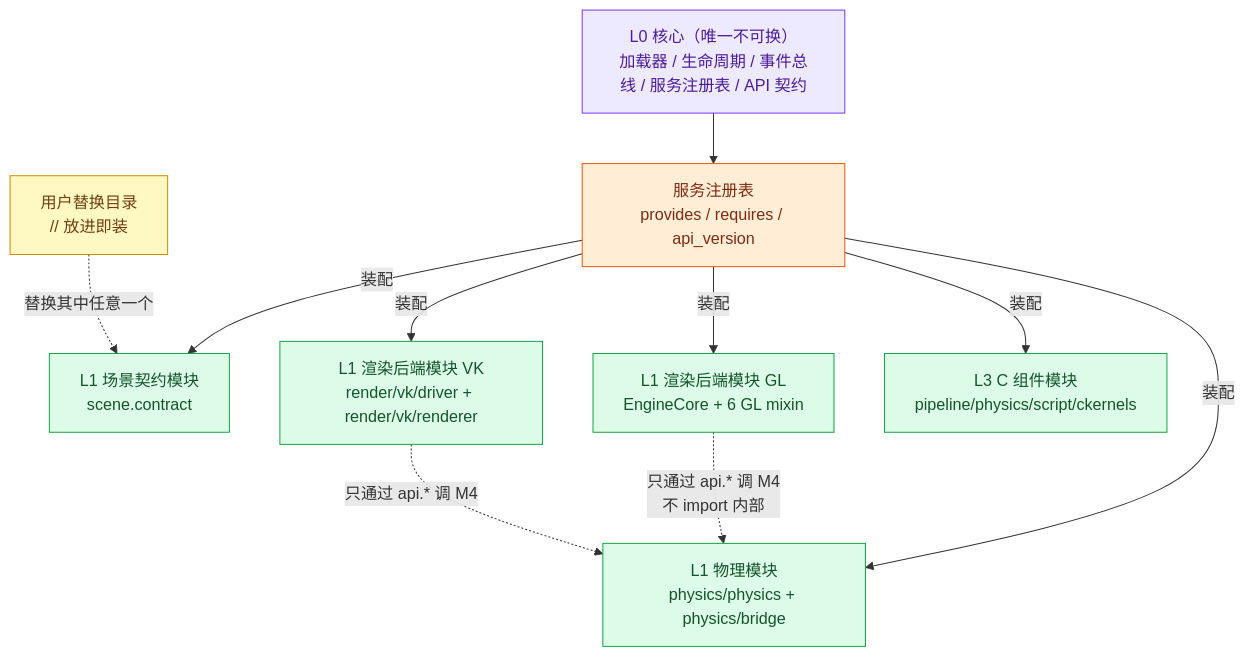
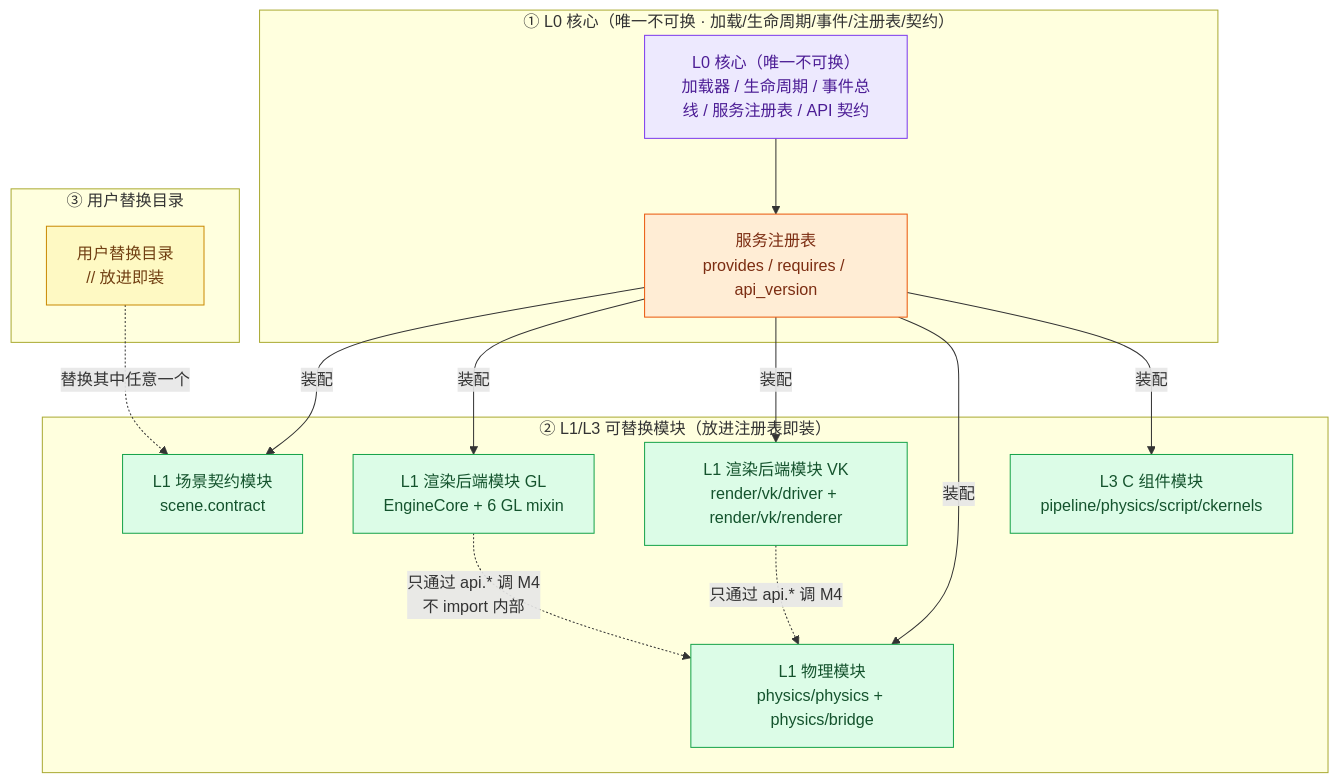
Diagram 20 of 23 in ARCHITECTURE.md (lhy302/WeaveEngine), drawn with Mermaid before and after one commit. The commit also changed other lines of this file, not shown here.

Commit message:
docs: 图 15~19 全部改为功能模块分框结构（含事实实测刷新）

````diff
--- a/ARCHITECTURE.md
+++ b/ARCHITECTURE.md
@@ -1319,24 +1339,30 @@
 ```mermaid
 flowchart TB
-  CORE["L0 核心（唯一不可换）<br/>加载器 / 生命周期 / 事件总线 / 服务注册表 / API 契约"]:::core
-  REG["服务注册表<br/>provides / requires / api_version"]:::contract
-  M1["L1 场景契约模块<br/>scene.contract"]:::mod
-  M2["L1 渲染后端模块 GL<br/>EngineCore + 6 GL mixin"]:::mod
-  M3["L1 渲染后端模块 VK<br/>render/vk/driver + render/vk/renderer"]:::mod
-  M4["L1 物理模块<br/>physics/physics + physics/bridge"]:::mod
-  M5["L3 C 组件模块<br/>pipeline/physics/script/ckernels"]:::mod
-  U["用户替换目录<br/><modules>/<id>/ 放进即装"]:::user
+  subgraph COREL["① L0 核心（唯一不可换 · 加载/生命周期/事件/注册表/契约）"]
+    CORE["L0 核心（唯一不可换）<br/>加载器 / 生命周期 / 事件总线 / 服务注册表 / API 契约"]:::core
+    REG["服务注册表<br/>provides / requires / api_version"]:::contract
+  end
+  subgraph MODL["② L1/L3 可替换模块（放进注册表即装）"]
+    M1["L1 场景契约模块<br/>scene.contract"]:::mod
+    M2["L1 渲染后端模块 GL<br/>EngineCore + 6 GL mixin"]:::mod
+    M3["L1 渲染后端模块 VK<br/>render/vk/driver + render/vk/renderer"]:::mod
+    M4["L1 物理模块<br/>physics/physics + physics/bridge"]:::mod
+    M5["L3 C 组件模块<br/>pipeline/physics/script/ckernels"]:::mod
+  end
+  subgraph USERL["③ 用户替换目录"]
+    U["用户替换目录<br/><modules>/<id>/ 放进即装"]:::user
+  end
   CORE --> REG
   REG -->|装配| M1
   REG -->|装配| M2
   REG -->|装配| M3
   REG -->|装配| M4
   REG -->|装配| M5
   U -.->|替换其中任意一个| M1
   M2 -.->|只通过 api.* 调 M4<br/>不 import 内部| M4
   M3 -.->|只通过 api.* 调 M4| M4
   classDef core fill:#ede9fe,stroke:#7c3aed,color:#4c1d95
   classDef contract fill:#ffedd5,stroke:#ea580c,color:#7c2d12
   classDef mod fill:#dcfce7,stroke:#16a34a,color:#14532d
   classDef user fill:#fef9c3,stroke:#ca8a04,color:#713f12
 ```
````
